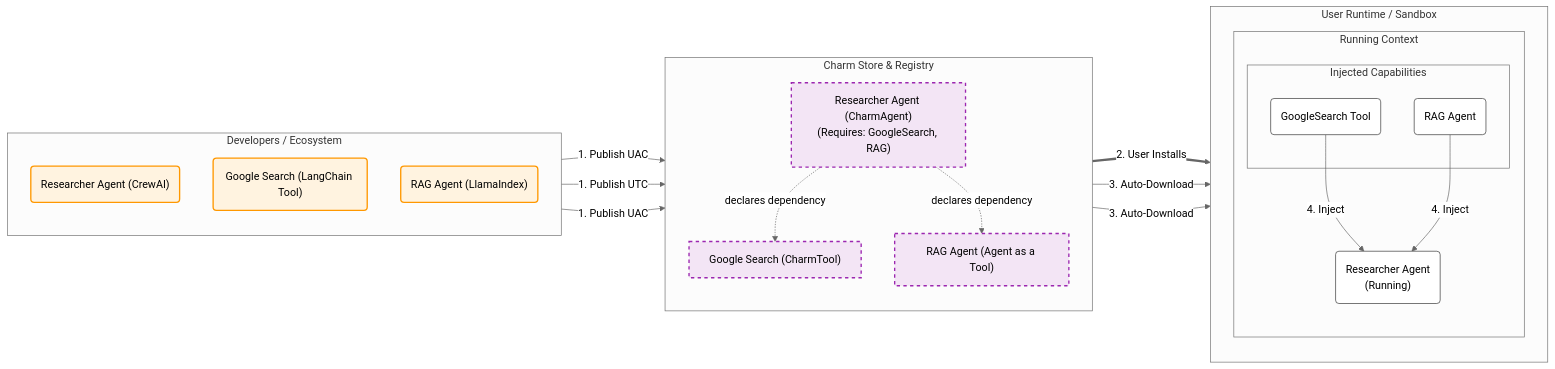
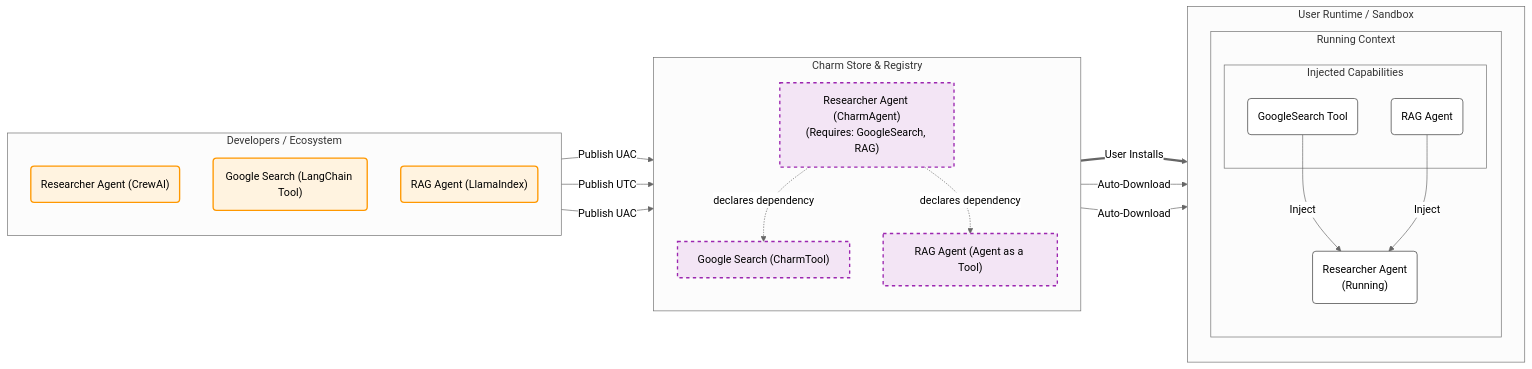
Before and after one commit to CharmAIOS/Charm: the diagram in docs/concepts/core.md, drawn with Mermaid (neutral theme).

````diff
--- a/docs/concepts/core.md
+++ b/docs/concepts/core.md
@@ -5,54 +5,54 @@
 ```mermaid
 graph LR
     classDef dev fill:#fff3e0,stroke:#ff9800,stroke-width:2px;
     classDef store fill:#f3e5f5,stroke:#9c27b0,stroke-width:2px,stroke-dasharray: 5 5;
     classDef runtime fill:#e1f5fe,stroke:#0277bd,stroke-width:2px;
     classDef object fill:#ffffff,stroke:#333;
 
     subgraph Developers [Developers / Ecosystem]
         direction TB
         Dev_A("Researcher Agent (CrewAI)")
         Dev_B("Google Search (LangChain Tool)")
         Dev_C("RAG Agent (LlamaIndex)")
     end
 
     subgraph Store [Charm Store & Registry]
         direction TB
         Catalog_Agent["Researcher Agent (CharmAgent)<br/>(Requires: GoogleSearch, RAG)"]
         Catalog_Tool["Google Search (CharmTool)"]
         Catalog_Sub["RAG Agent (Agent as a Tool)"]
     end
 
     subgraph User_Runtime [User Runtime / Sandbox]
         direction TB
         
         subgraph Running_Instance [Running Context]
             direction TB
             Agent_Instance("Researcher Agent<br/>(Running)")
             
             subgraph Injected_Capabilities [Injected Capabilities]
                 Tool_Instance("GoogleSearch Tool")
                 Sub_Instance("RAG Agent")
             end
         end
     end
 
-    Dev_A -->|1. Publish UAC| Catalog_Agent
-    Dev_B -->|1. Publish UTC| Catalog_Tool
-    Dev_C -->|1. Publish UAC| Catalog_Sub
+    Dev_A -->|Publish UAC| Catalog_Agent
+    Dev_B -->|Publish UTC| Catalog_Tool
+    Dev_C -->|Publish UAC| Catalog_Sub
 
-    Catalog_Agent ==>|2. User Installs| Agent_Instance
+    Catalog_Agent ==>|User Installs| Agent_Instance
     
     Catalog_Agent -.->|declares dependency| Catalog_Tool
     Catalog_Agent -.->|declares dependency| Catalog_Sub
     
-    Catalog_Tool -->|3. Auto-Download| Tool_Instance
-    Catalog_Sub -->|3. Auto-Download| Sub_Instance
+    Catalog_Tool -->|Auto-Download| Tool_Instance
+    Catalog_Sub -->|Auto-Download| Sub_Instance
 
-    Tool_Instance -->|4. Inject| Agent_Instance
-    Sub_Instance -->|4. Inject| Agent_Instance
+    Tool_Instance -->|Inject| Agent_Instance
+    Sub_Instance -->|Inject| Agent_Instance
 
     class Dev_A,Dev_B,Dev_C dev;
     class Catalog_Agent,Catalog_Tool,Catalog_Sub store;
     class Agent_Instance,Tool_Instance,Sub_Instance object;
 ```
````
